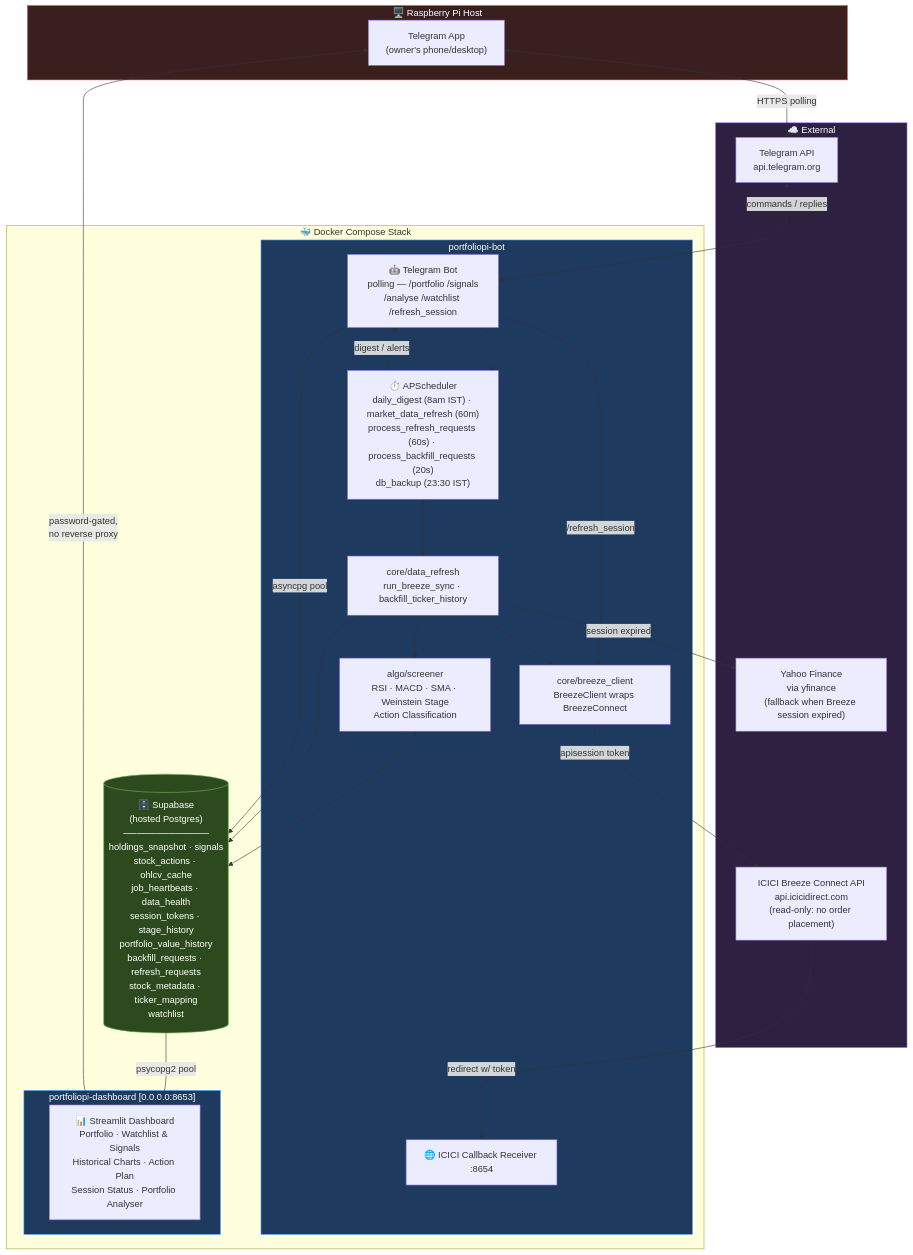
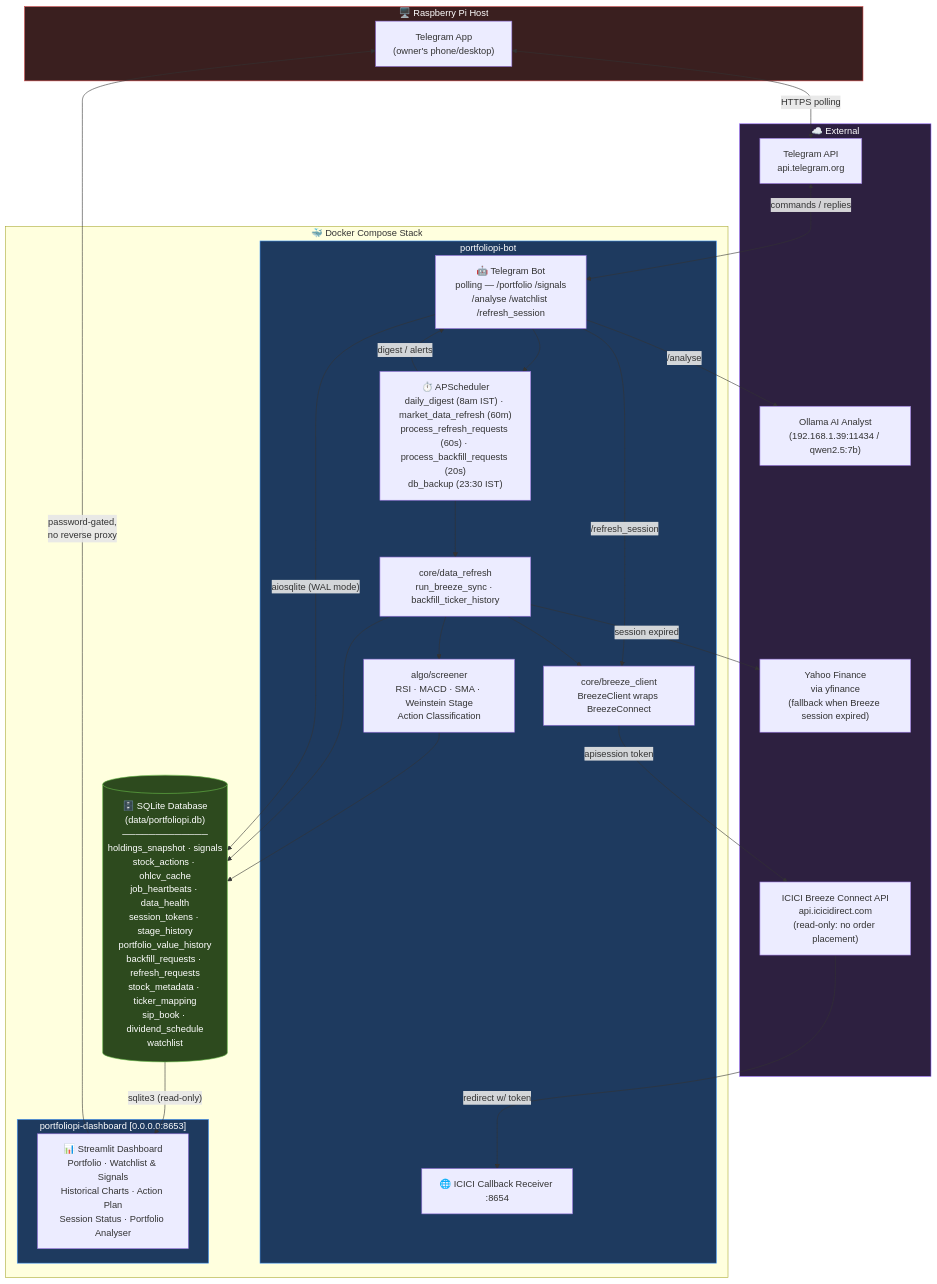
The diagram in README.md (AbhiPra24/PortfolioPi), drawn with Mermaid before and after one commit. The commit also changed other lines of this file and 29 other files, not shown here.

Commit message:
Sunset Supabase in favor of local SQLite and integrate Ollama AI analyst

````diff
--- a/README.md
+++ b/README.md
@@ -7,63 +7,65 @@
 ```mermaid
 flowchart TD
     subgraph HOST["🖥️ Raspberry Pi Host"]
         USER["Telegram App\n(owner's phone/desktop)"]
     end
 
     subgraph DOCKER["🐳 Docker Compose Stack"]
 
         subgraph BOT["portfoliopi-bot"]
             TGBOT["🤖 Telegram Bot\npolling — /portfolio /signals\n/analyse /watchlist /refresh_session"]
             SCHED["⏱️ APScheduler\ndaily_digest (8am IST) · market_data_refresh (60m)\nprocess_refresh_requests (60s) · process_backfill_requests (20s)\ndb_backup (23:30 IST)"]
             BREEZE["core/breeze_client\nBreezeClient wraps BreezeConnect"]
             REFRESH["core/data_refresh\nrun_breeze_sync · backfill_ticker_history"]
             ALGO["algo/screener\nRSI · MACD · SMA · Weinstein Stage\nAction Classification"]
             CALLBACK["🌐 ICICI Callback Receiver :8654"]
         end
 
         subgraph DASH["portfoliopi-dashboard  [0.0.0.0:8653]"]
             STREAMLIT["📊 Streamlit Dashboard\nPortfolio · Watchlist & Signals\nHistorical Charts · Action Plan\nSession Status · Portfolio Analyser"]
         end
 
-        DB[("🗄️ Supabase\n(hosted Postgres)\n─────────────\nholdings_snapshot · signals\nstock_actions · ohlcv_cache\njob_heartbeats · data_health\nsession_tokens · stage_history\nportfolio_value_history\nbackfill_requests · refresh_requests\nstock_metadata · ticker_mapping\nwatchlist")]
+        DB[("🗄️ SQLite Database\n(data/portfoliopi.db)\n─────────────\nholdings_snapshot · signals\nstock_actions · ohlcv_cache\njob_heartbeats · data_health\nsession_tokens · stage_history\nportfolio_value_history\nbackfill_requests · refresh_requests\nstock_metadata · ticker_mapping\nsip_book · dividend_schedule\nwatchlist")]
     end
 
     subgraph EXTERNAL["☁️ External"]
         TG["Telegram API\napi.telegram.org"]
         BREEZEAPI["ICICI Breeze Connect API\napi.icicidirect.com\n(read-only: no order placement)"]
         YF["Yahoo Finance\nvia yfinance\n(fallback when Breeze session expired)"]
+        OLLAMA["Ollama AI Analyst\n(192.168.1.39:11434 / qwen2.5:7b)"]
     end
 
     %% User interaction
     USER <-->|"HTTPS polling"| TG
     TG <-->|"commands / replies"| TGBOT
 
     %% Bot internals
     TGBOT --> SCHED
     TGBOT -->|"/refresh_session <token>"| BREEZE
+    TGBOT -->|"/analyse <ticker>"| OLLAMA
     SCHED --> REFRESH
     REFRESH --> BREEZE
     REFRESH -->|"session expired"| YF
     REFRESH --> ALGO
     ALGO --> DB
     REFRESH --> DB
     SCHED -->|"digest / alerts"| TGBOT
     BREEZE -->|"apisession token"| BREEZEAPI
     BREEZEAPI -->|"redirect w/ token"| CALLBACK
 
     %% Dashboard
-    DB -->|"psycopg2 pool"| STREAMLIT
+    DB -->|"sqlite3 (read-only)"| STREAMLIT
     STREAMLIT -->|"password-gated,\nno reverse proxy"| USER
 
     %% Bot DB access
-    TGBOT -->|"asyncpg pool"| DB
+    TGBOT -->|"aiosqlite (WAL mode)"| DB
 
     classDef container fill:#1e3a5f,stroke:#4a9eff,color:#fff
     classDef db fill:#2d4a1e,stroke:#6abf4b,color:#fff
     classDef host fill:#3a1f1f,stroke:#cc4444,color:#fff
     classDef external fill:#2d2040,stroke:#9b6eff,color:#fff
     class BOT,DASH container
     class DB db
     class HOST host
     class EXTERNAL external
 ```
````
